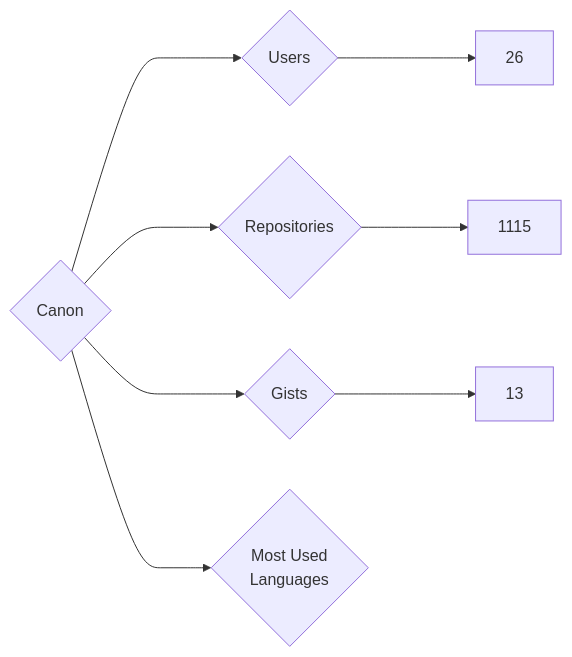
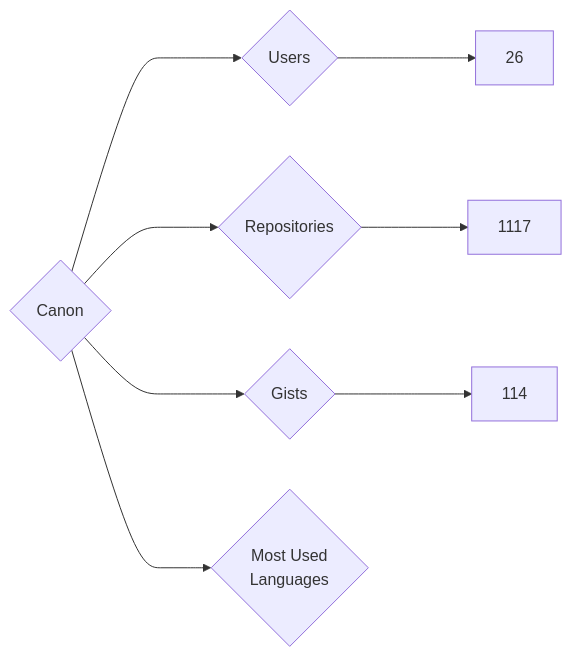
One commit to nenadzaric/insiders changed the diagram in targets/Canon/README.md. Above: the diagram before and after it, drawn with Mermaid. The commit also changed 1342 other files, not shown here.

````diff
--- a/targets/Canon/README.md
+++ b/targets/Canon/README.md
@@ -3,8 +3,8 @@
 ```mermaid
 graph LR
 COMPANY_NAME{Canon}
 COMPANY_NAME ---> U{Users} ---> UN[26]
-COMPANY_NAME ---> R{Repositories} ---> RN[1115]
-COMPANY_NAME ---> G{Gists} ---> GN[13]
+COMPANY_NAME ---> R{Repositories} ---> RN[1117]
+COMPANY_NAME ---> G{Gists} ---> GN[114]
 COMPANY_NAME ---> ML{Most Used<br>Languages}
 ```
````
